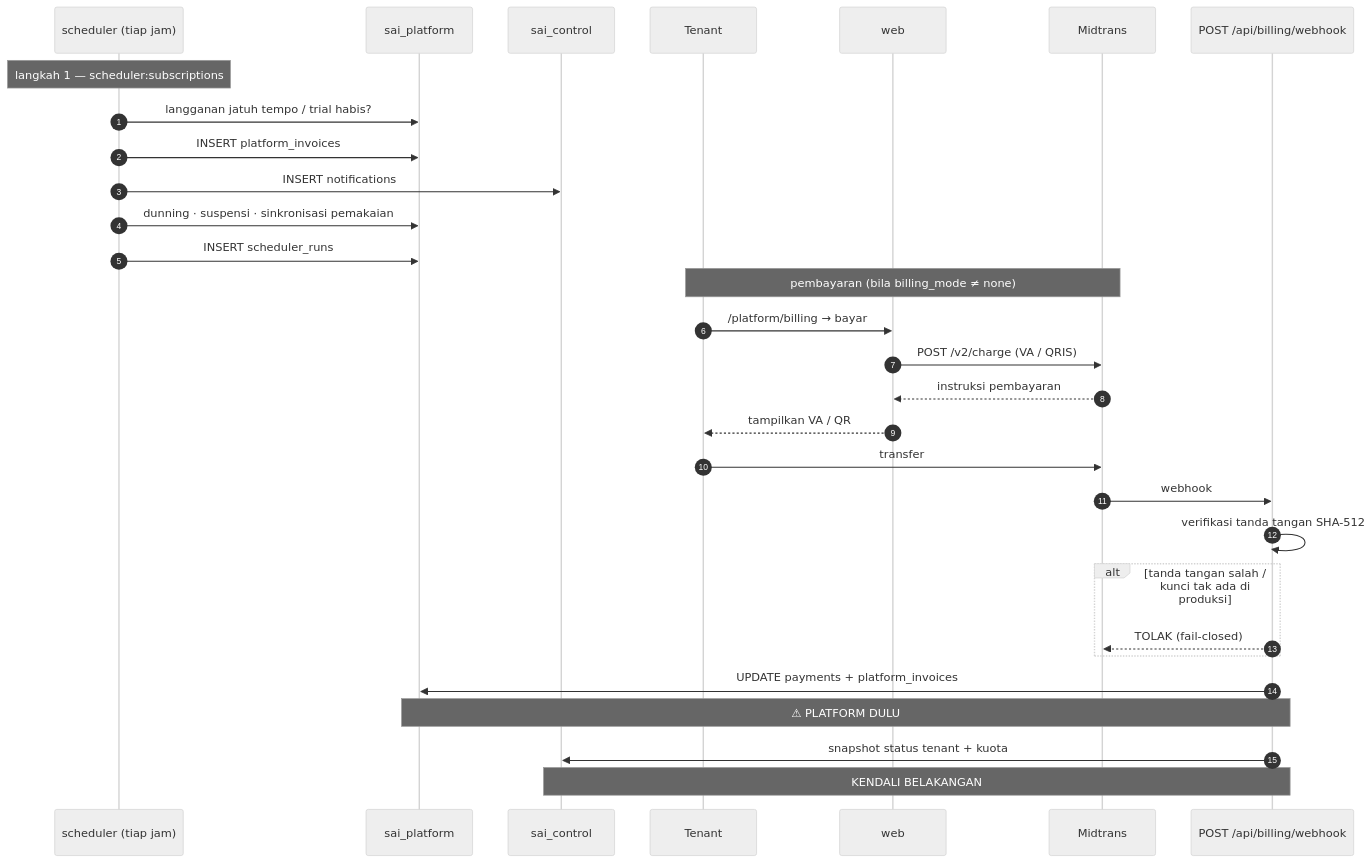
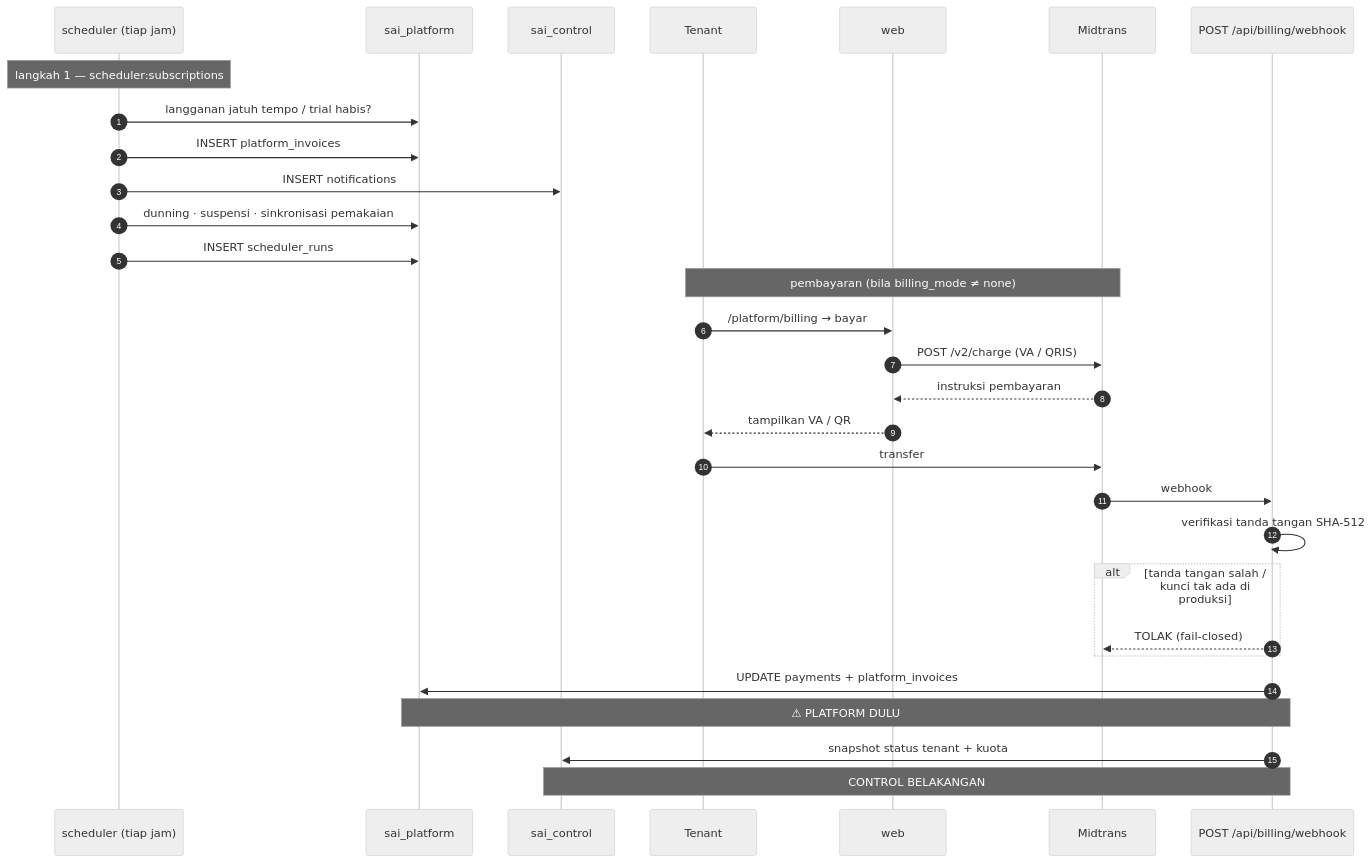
Before and after one commit to tri-evendi/sai-accounting: the fifth of 9 diagrams in docs/arsitektur/06-ALIRAN-DATA.md, drawn with Mermaid (neutral theme). The commit also changed other lines of this file and 31 other files, not shown here.

````diff
--- a/docs/arsitektur/06-ALIRAN-DATA.md
+++ b/docs/arsitektur/06-ALIRAN-DATA.md
@@ -224,35 +224,35 @@
 ```mermaid
 sequenceDiagram
     autonumber
     participant S as scheduler (tiap jam)
     participant PDB as sai_platform
     participant CDB as sai_control
     participant U as Tenant
     participant W as web
     participant MT as Midtrans
     participant WH as POST /api/billing/webhook
 
     Note over S: langkah 1 — scheduler:subscriptions
     S->>PDB: langganan jatuh tempo / trial habis?
     S->>PDB: INSERT platform_invoices
     S->>CDB: INSERT notifications
     S->>PDB: dunning · suspensi · sinkronisasi pemakaian
     S->>PDB: INSERT scheduler_runs
 
     Note over U,MT: pembayaran (bila billing_mode ≠ none)
     U->>W: /platform/billing → bayar
     W->>MT: POST /v2/charge (VA / QRIS)
     MT-->>W: instruksi pembayaran
     W-->>U: tampilkan VA / QR
 
     U->>MT: transfer
     MT->>WH: webhook
     WH->>WH: verifikasi tanda tangan SHA-512
     alt tanda tangan salah / kunci tak ada di produksi
         WH-->>MT: TOLAK (fail-closed)
     end
     WH->>PDB: UPDATE payments + platform_invoices
     Note over WH,PDB: ⚠ PLATFORM DULU
     WH->>CDB: snapshot status tenant + kuota
-    Note over WH,CDB: KENDALI BELAKANGAN
+    Note over WH,CDB: CONTROL BELAKANGAN
 ```
````
